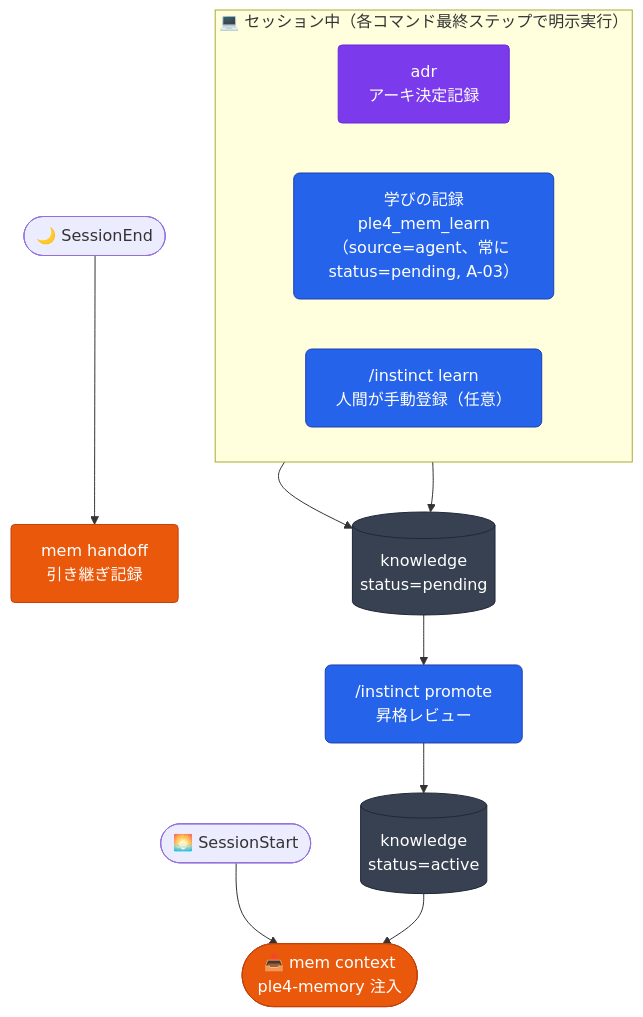
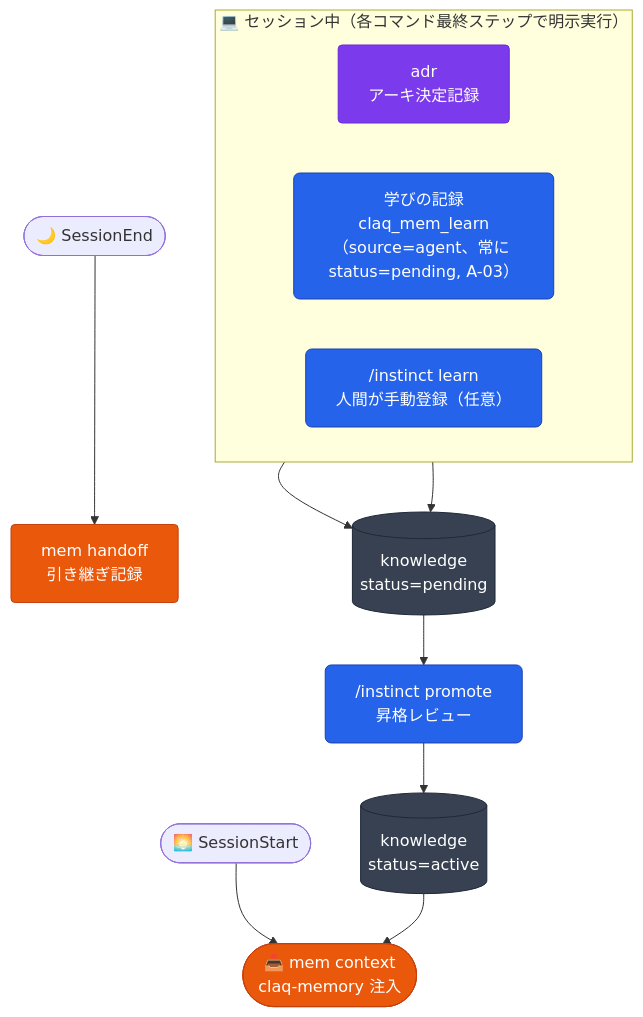
One commit to aokumablue/claq changed the eighth of 12 diagrams in README.md. Above: the diagram before and after it, drawn with Mermaid. The commit also changed other lines of this file and 337 other files, not shown here.

````diff
--- a/README.md
+++ b/README.md
@@ -389,25 +389,25 @@
 ```mermaid
 flowchart TD
   classDef cmd    fill:#2563eb,stroke:#1e40af,color:#fff,rx:6
   classDef auto   fill:#ea580c,stroke:#c2410c,color:#fff,rx:4
   classDef skill  fill:#7c3aed,stroke:#6d28d9,color:#fff,rx:4
   classDef store  fill:#374151,stroke:#1f2937,color:#fff,rx:4
 
-  SS(["🌅 SessionStart"]) --> MC(["📥 mem context<br/>ple4-memory 注入"]):::auto
+  SS(["🌅 SessionStart"]) --> MC(["📥 mem context<br/>claq-memory 注入"]):::auto
 
   subgraph session["💻 セッション中（各コマンド最終ステップで明示実行）"]
     direction LR
     SAD["adr<br/>アーキ決定記録"]:::skill
-    CW["学びの記録<br/>ple4_mem_learn（source=agent、常に status=pending, A-03）"]:::cmd
+    CW["学びの記録<br/>claq_mem_learn（source=agent、常に status=pending, A-03）"]:::cmd
     CA["/instinct learn<br/>人間が手動登録（任意）"]:::cmd
   end
 
   KA[("knowledge<br/>status=active")]:::store
   KA --> MC
 
   SE(["🌙 SessionEnd"]) --> SLE["mem handoff<br/>引き継ぎ記録"]:::auto
   CW --> PK[("knowledge<br/>status=pending")]:::store
   CA --> PK
   PK --> CI["/instinct promote<br/>昇格レビュー"]:::cmd
   CI --> KA
 ```
````
